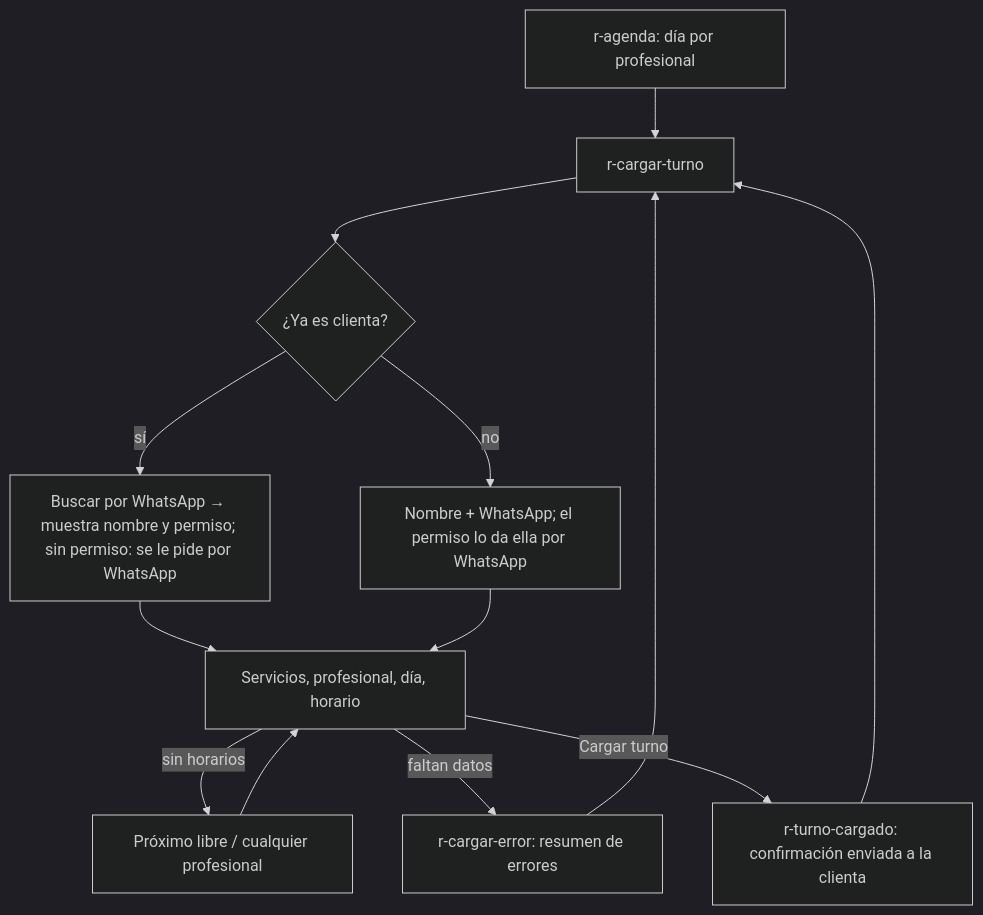
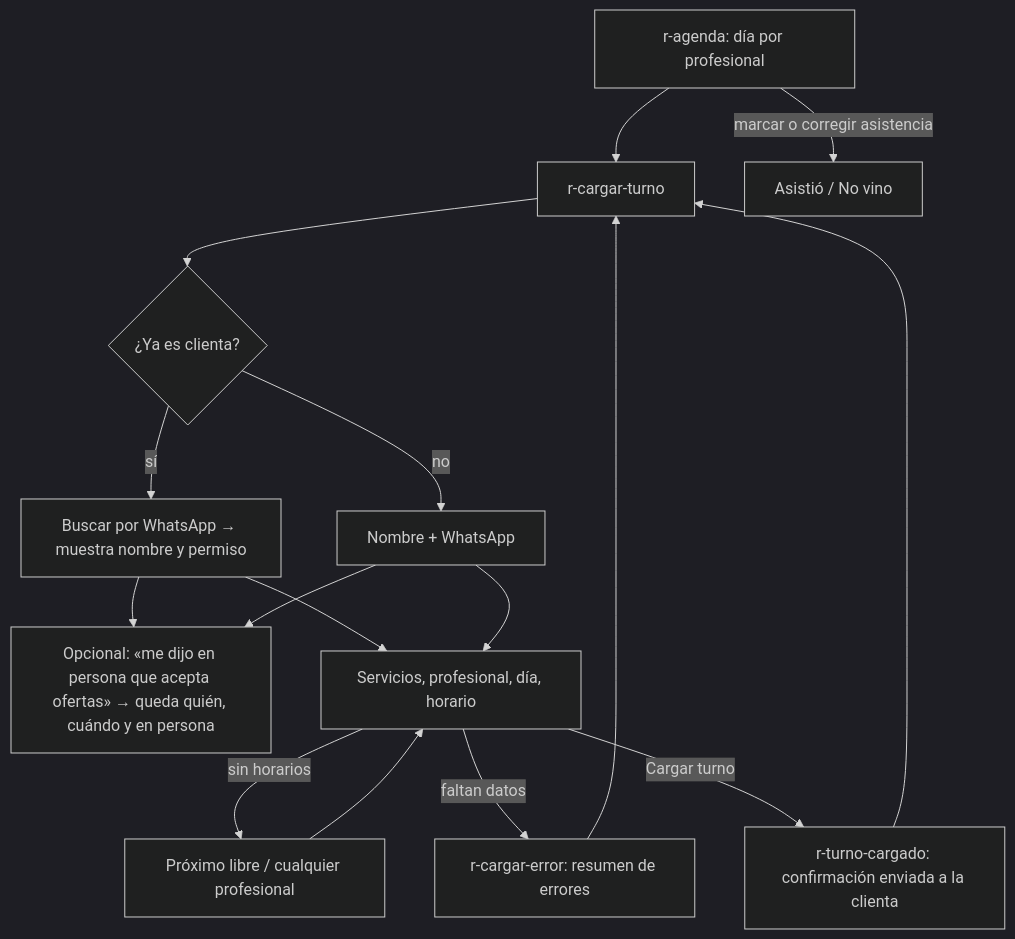
Before and after one commit to gm2dev/coop-agents-design: the seventh of 8 diagrams in initiatives/spa-reservas-mvp/flows.md, drawn with Mermaid (dark theme). The commit also changed other lines of this file and 60 other files, not shown here.

````diff
--- a/initiatives/spa-reservas-mvp/flows.md
+++ b/initiatives/spa-reservas-mvp/flows.md
@@ -103,13 +111,16 @@
 ```mermaid
 flowchart TD
   A[r-agenda: día por profesional] --> F[r-cargar-turno]
   F --> Q{¿Ya es clienta?}
-  Q -->|sí| T[Buscar por WhatsApp → muestra nombre y permiso; sin permiso: se le pide por WhatsApp]
-  Q -->|no| N[Nombre + WhatsApp; el permiso lo da ella por WhatsApp]
+  Q -->|sí| T[Buscar por WhatsApp → muestra nombre y permiso]
+  Q -->|no| N[Nombre + WhatsApp]
+  T --> OP[Opcional: «me dijo en persona que acepta ofertas» → queda quién, cuándo y en persona]
+  N --> OP
   T --> S[Servicios, profesional, día, horario]
   N --> S
   S -->|sin horarios| S1[Próximo libre / cualquier profesional] --> S
+  A -->|marcar o corregir asistencia| AA[Asistió / No vino]
   S -->|faltan datos| E[r-cargar-error: resumen de errores] --> F
   S -->|Cargar turno| OK[r-turno-cargado: confirmación enviada a la clienta]
   OK --> F
 ```
````
